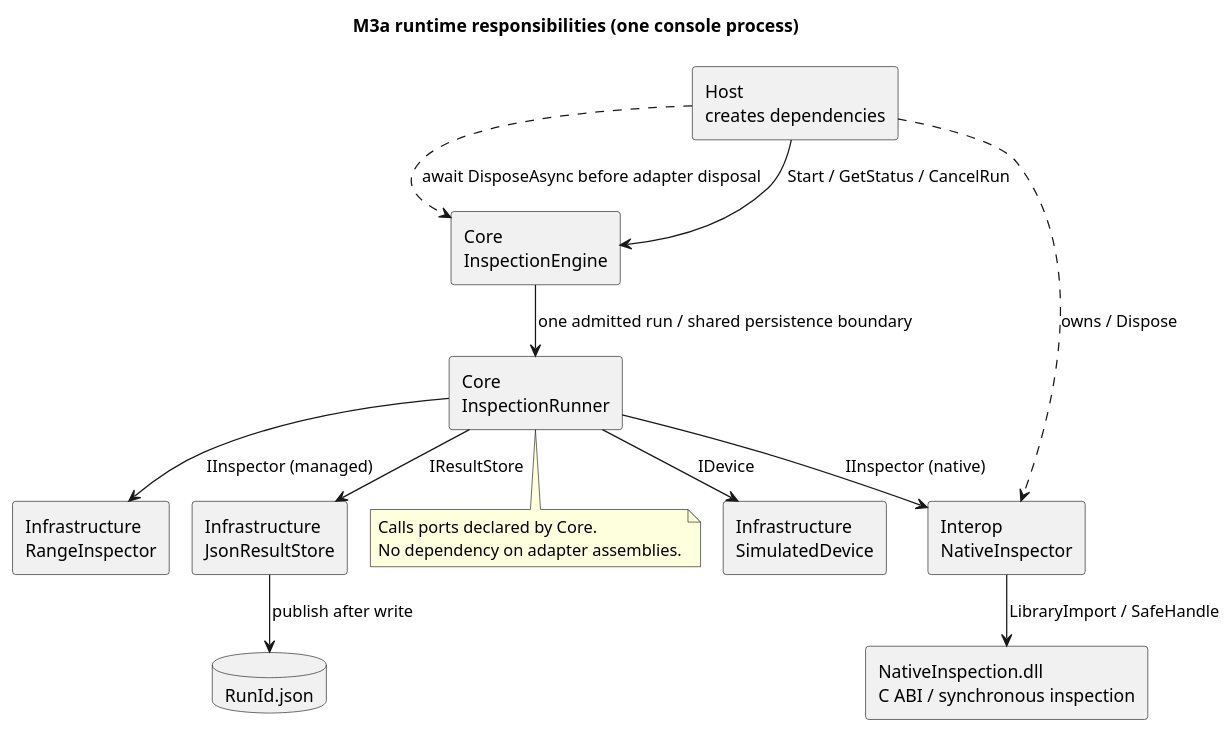
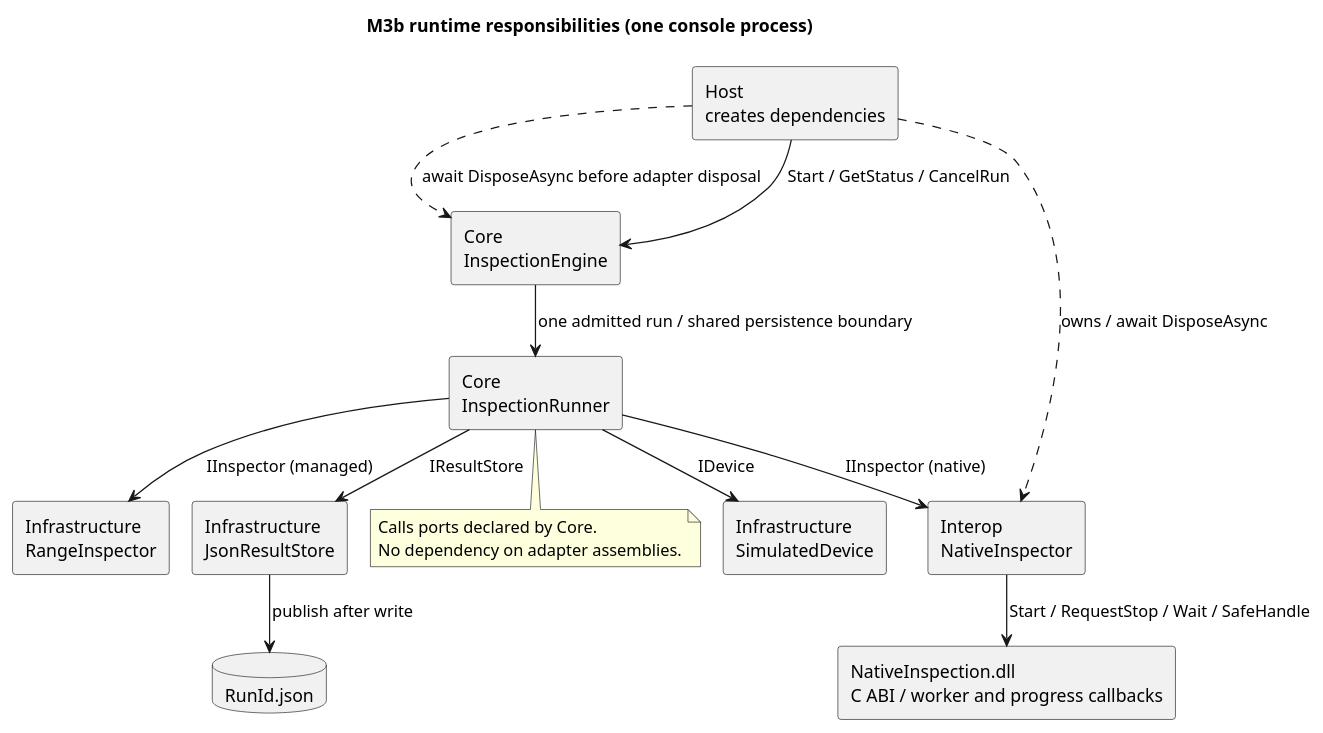
The diagram in docs/diagrams/architecture.puml (Myoungmin/CSharp-InspectionCore-Lab), drawn with PlantUML before and after one commit. The commit also changed 43 other files, not shown here.

Commit message:
feat: add native asynchronous lifecycle and safe shutdown

```diff
--- a/docs/diagrams/architecture.puml
+++ b/docs/diagrams/architecture.puml
@@ -1,28 +1,28 @@
 @startuml architecture
 !pragma layout smetana
-title M3a runtime responsibilities (one console process)
+title M3b runtime responsibilities (one console process)
 skinparam componentStyle rectangle
 component "Host\ncreates dependencies" as Host
 component "Core\nInspectionEngine" as Engine
 component "Core\nInspectionRunner" as Core
 component "Infrastructure\nSimulatedDevice" as Device
 component "Infrastructure\nRangeInspector" as Inspector
 component "Interop\nNativeInspector" as Native
-component "NativeInspection.dll\nC ABI / synchronous inspection" as DLL
+component "NativeInspection.dll\nC ABI / worker and progress callbacks" as DLL
 component "Infrastructure\nJsonResultStore" as Store
 database "RunId.json" as Result
 Host --> Engine : Start / GetStatus / CancelRun
 Engine --> Core : one admitted run / shared persistence boundary
 Host ..> Engine : await DisposeAsync before adapter disposal
 Core --> Device : IDevice
 Core --> Inspector : IInspector (managed)
 Core --> Native : IInspector (native)
-Native --> DLL : LibraryImport / SafeHandle
-Host ..> Native : owns / Dispose
+Native --> DLL : Start / RequestStop / Wait / SafeHandle
+Host ..> Native : owns / await DisposeAsync
 Core --> Store : IResultStore
 Store --> Result : publish after write
 note bottom of Core
 Calls ports declared by Core.
 No dependency on adapter assemblies.
 end note
 @enduml
```
